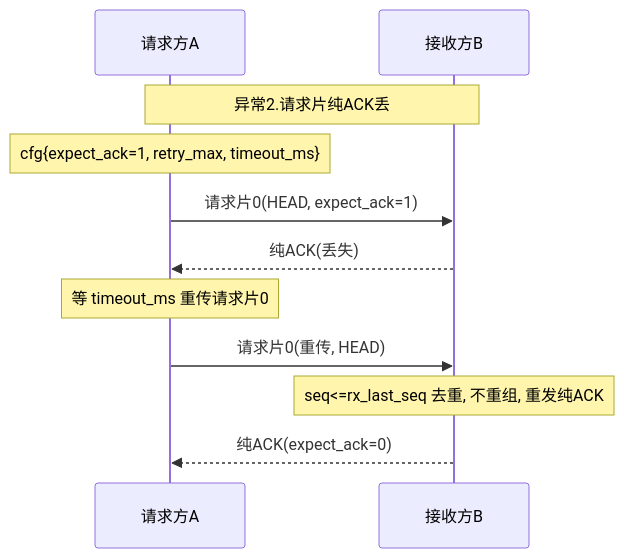
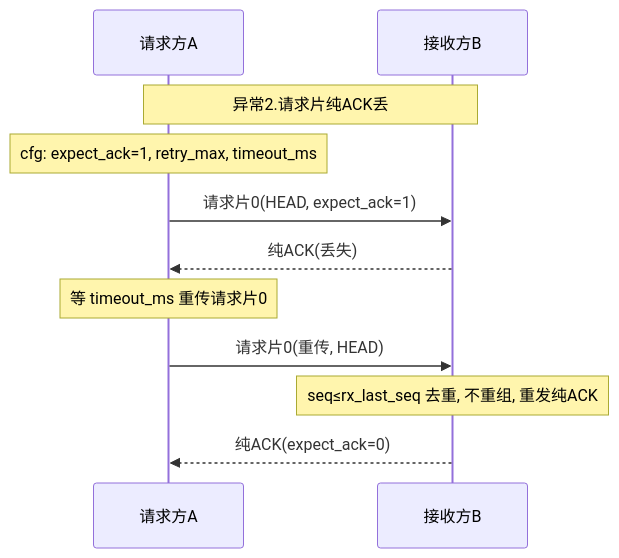
The ninth of 14 diagrams in 工作/项目/代码/260401S3分拣面板-SIA-R9000P.md (Siaiai/ObsidianNote), drawn with Mermaid before and after one commit. The commit also changed other lines of this file and 1 other file, not shown here.

````diff
--- a/工作/项目/代码/260401S3分拣面板-SIA-R9000P.md
+++ b/工作/项目/代码/260401S3分拣面板-SIA-R9000P.md
@@ -228,13 +227,13 @@
 ```mermaid
 sequenceDiagram
     participant A as 请求方A
     participant B as 接收方B
     Note over A,B: 异常2.请求片纯ACK丢
-    Note over A: cfg{expect_ack=1, retry_max, timeout_ms}
+    Note over A: cfg: expect_ack=1, retry_max, timeout_ms
     A->>B: 请求片0(HEAD, expect_ack=1)
     B-->>A: 纯ACK(丢失)
     Note over A: 等 timeout_ms 重传请求片0
     A->>B: 请求片0(重传, HEAD)
-    Note over B: seq<=rx_last_seq 去重, 不重组, 重发纯ACK
+    Note over B: seq≤rx_last_seq 去重, 不重组, 重发纯ACK
     B-->>A: 纯ACK(expect_ack=0)
 ```
````
